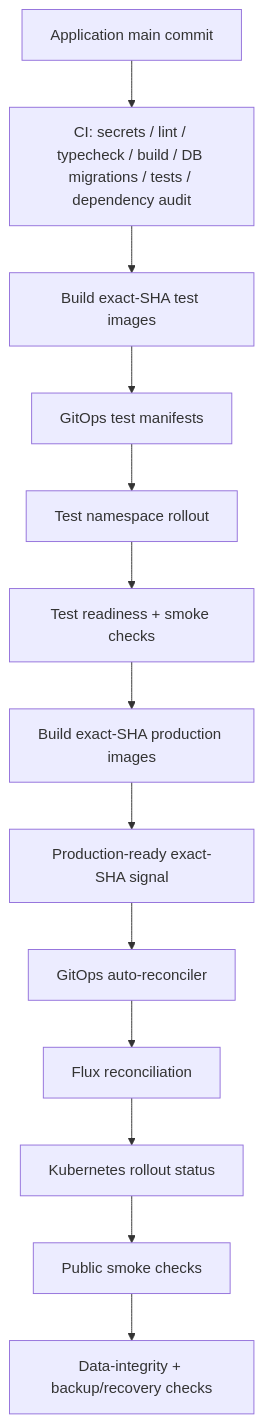
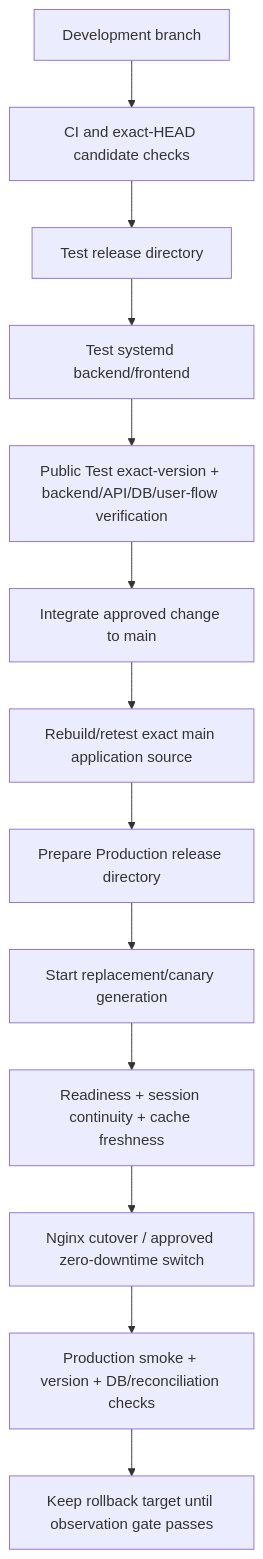
Before and after one commit to wtrdd1-hash/Woldeok-Moneyverse-Migration: the diagram in docs/architecture/deployment-flow.md, drawn with Mermaid. The commit also changed other lines of this file and 102 other files, not shown here.

````diff
--- a/docs/architecture/deployment-flow.md
+++ b/docs/architecture/deployment-flow.md
@@ -5,15 +28,15 @@
 ```mermaid
 flowchart TD
-    M[Application main commit] --> CI[CI: secrets / lint / typecheck / build / DB migrations / tests / dependency audit]
-    CI --> TI[Build exact-SHA test images]
-    TI --> TG[GitOps test manifests]
-    TG --> TR[Test namespace rollout]
-    TR --> TV[Test readiness + smoke checks]
-    TV --> PI[Build exact-SHA production images]
-    PI --> AS[Production-ready exact-SHA signal]
-    AS --> GR[GitOps auto-reconciler]
-    GR --> FX[Flux reconciliation]
-    FX --> KR[Kubernetes rollout status]
-    KR --> SM[Public smoke checks]
-    SM --> DA[Data-integrity + backup/recovery checks]
+    B[Development branch] --> CI[CI and exact-HEAD candidate checks]
+    CI --> T[Test release directory]
+    T --> TS[Test systemd backend/frontend]
+    TS --> TV[Public Test exact-version + backend/API/DB/user-flow verification]
+    TV --> M[Integrate approved change to main]
+    M --> RT[Rebuild/retest exact main application source]
+    RT --> P[Prepare Production release directory]
+    P --> C[Start replacement/canary generation]
+    C --> H[Readiness + session continuity + cache freshness]
+    H --> N[Nginx cutover / approved zero-downtime switch]
+    N --> S[Production smoke + version + DB/reconciliation checks]
+    S --> K[Keep rollback target until observation gate passes]
 ```
````
